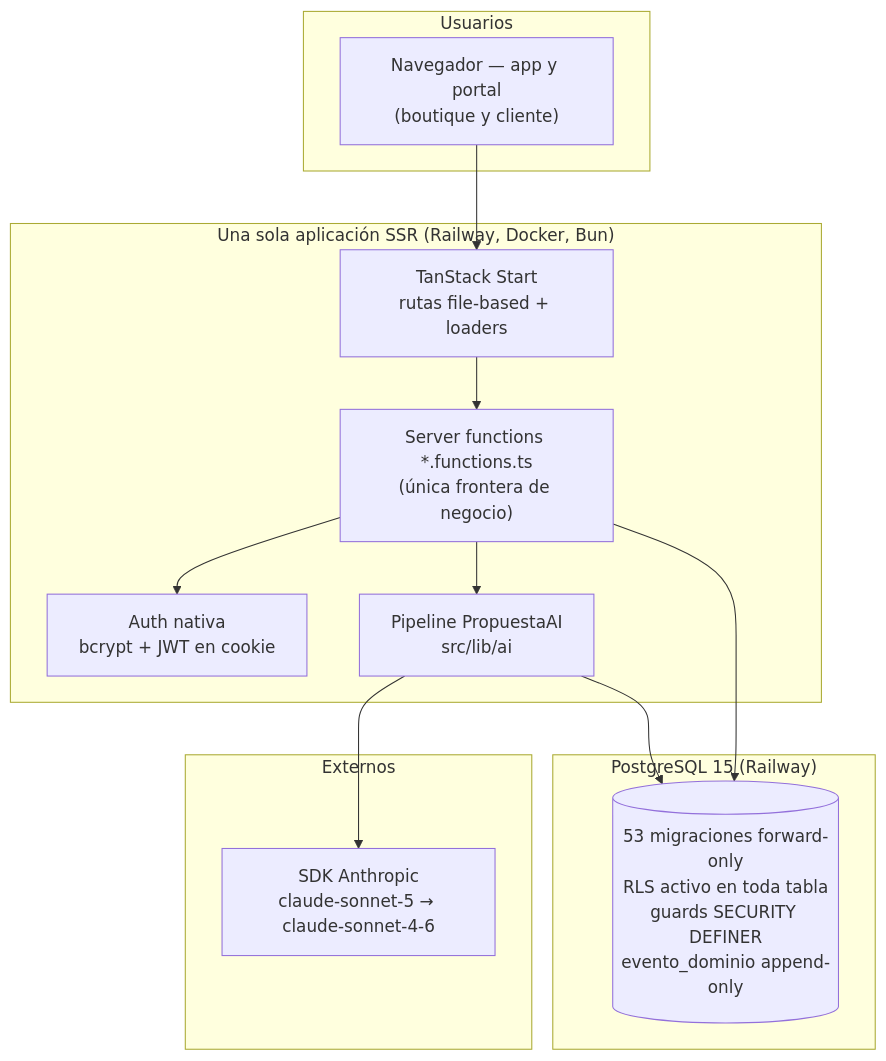
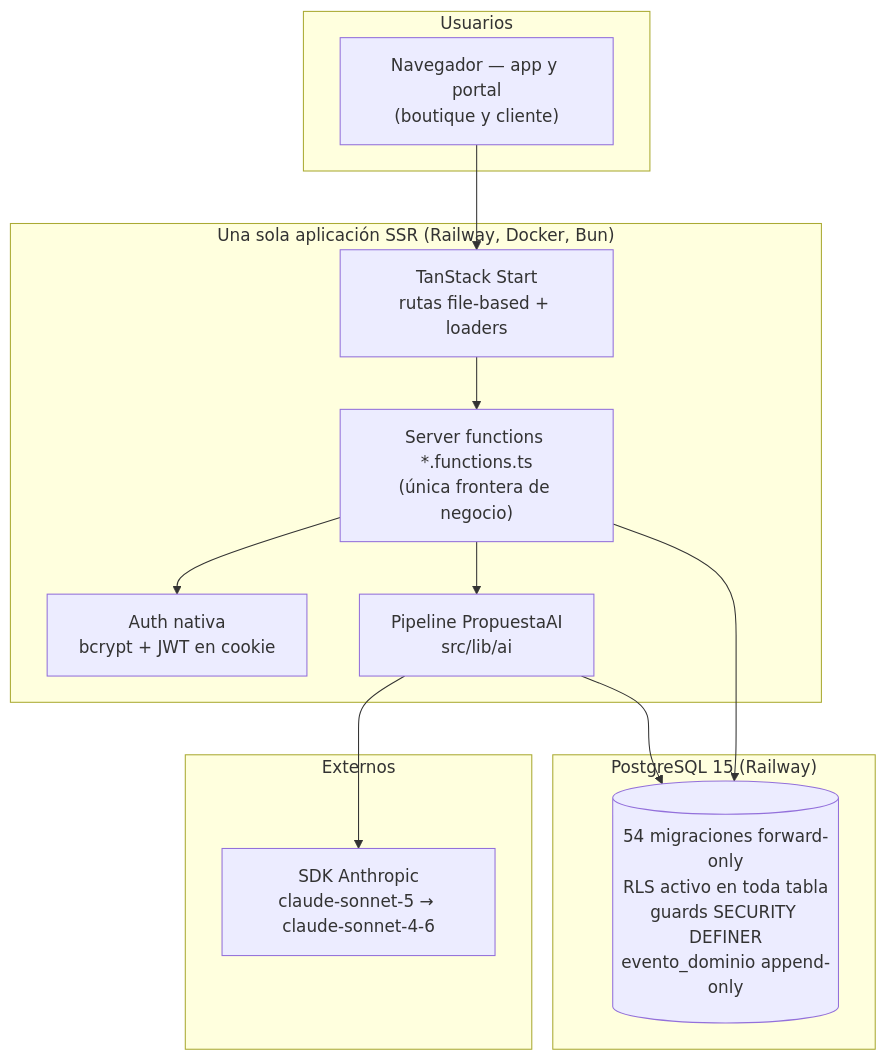
The second of 3 diagrams in docs/DESIGNIO-COMPLETE.md (jtrujillo-ws/designio-app), drawn with Mermaid before and after one commit. The commit also changed other lines of this file, not shown here.

````diff
--- a/docs/DESIGNIO-COMPLETE.md
+++ b/docs/DESIGNIO-COMPLETE.md
@@ -204,22 +205,22 @@
 ```mermaid
 flowchart TD
   subgraph Usuarios
     B["Navegador — app y portal<br/>(boutique y cliente)"]
   end
   subgraph App["Una sola aplicación SSR (Railway, Docker, Bun)"]
     R["TanStack Start<br/>rutas file-based + loaders"]
     SF["Server functions *.functions.ts<br/>(única frontera de negocio)"]
     AUTH["Auth nativa<br/>bcrypt + JWT en cookie"]
     AI["Pipeline PropuestaAI<br/>src/lib/ai"]
   end
   subgraph Datos["PostgreSQL 15 (Railway)"]
-    PG[("53 migraciones forward-only<br/>RLS activo en toda tabla<br/>guards SECURITY DEFINER<br/>evento_dominio append-only")]
+    PG[("54 migraciones forward-only<br/>RLS activo en toda tabla<br/>guards SECURITY DEFINER<br/>evento_dominio append-only")]
   end
   subgraph Ext["Externos"]
     LLM["SDK Anthropic<br/>claude-sonnet-5 → claude-sonnet-4-6"]
   end
   B --> R --> SF --> PG
   SF --> AUTH
   SF --> AI --> LLM
   AI --> PG
 ```
````
